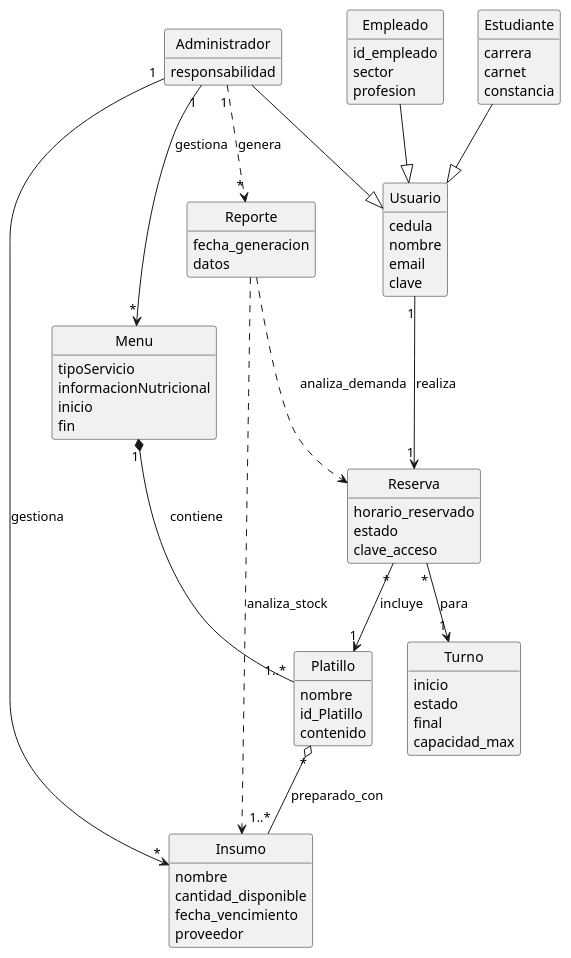
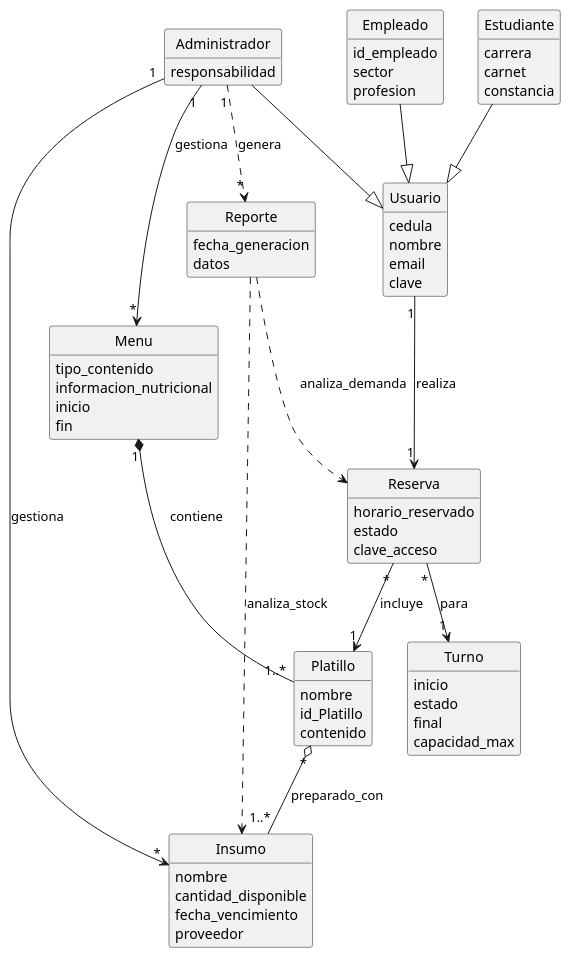
The diagram in docs/modelo_dominio_final.puml (ARUSG178/proyecto-comedor-2-2025-grupo-12), drawn with PlantUML before and after one commit.

```diff
--- a/docs/modelo_dominio_final.puml
+++ b/docs/modelo_dominio_final.puml
@@ -1,116 +1,116 @@
 @startuml Modelo_Dominio_Final
 
     '-- ACOMODAR Y LIMPIAR EL MODELO --
     
     hide circle
     hide methods
 
     '-- CLASES -> PERSONAS --
 
     'Clase Padre Principal
     class Usuario {
         cedula
         nombre
         email
         clave
     }
 
     'Diferentes tipos de Usuarios
     Class Estudiante {
         carrera
         carnet
         constancia
     }
 
     Class Empleado {
         id_empleado
         sector
         profesion
     }
 
     Class Administrador {
         responsabilidad
     }
 
     '-- CLASES -> COMEDOR
 
     ' Menu que rota semanalmente
     class Menu {
-        'Tipo de servicio clasifica: Desayuno, almuerzo, cena
-        tipoServicio
-        informacionNutricional
+        'Tipo de contenido clasifica: Desayuno, almuerzo, cena
+        tipo_contenido
+        informacion_nutricional
         inicio
         fin
     }
 
     ' Insumo que llega para preparar los platillos
     class Insumo {
         nombre
         cantidad_disponible
         fecha_vencimiento
         proveedor
     }
 
     ' Comida hecha de los insumos la cual se mostrará como opción en el menú
     class Platillo {
         nombre
         id_Platillo
         contenido
     }
 
     ' Turno en los cuales las comidas cambian y abren nuevas capacidades para personas
     class Turno {
         inicio
         'Disponibilidad o no
         estado
         final
         capacidad_max
     }
 
     ' Reporte que el Administrador realiza en donde figura consumo diario, reportes de demanda y planificación
     class Reporte {
         fecha_generacion
         datos
     }
 
     ' Reserva que realiza un Usuario durante un Turno
     class Reserva {
         horario_reservado
         'El estado refiere si está vigente, cancelada o ya ha sido canjeada
         estado
         'Código que verifica que el usuario fue quien obtuvo el platillo
         clave_acceso
     }
 
     ' --- RELACIONES ---
 
     ' Herencia
     Estudiante --|> Usuario
     Empleado --|> Usuario
     Administrador --|> Usuario
 
     ' El Administrador gestiona menús semanales, insumos y genera reportes 
     Administrador "1" --> "*" Menu : gestiona
     Administrador "1" --> "*" Insumo : gestiona
     Administrador "1" ..> "*" Reporte : genera
 
     ' Un menú se compone de varios platillos disponibles para esa semana 
     Menu "1" *-- "1..*" Platillo : contiene
     
     ' Un platillo requiere insumos para prepararse
     Platillo "*" o-- "1..*" Insumo : preparado_con
 
     ' El usuario hace la reserva, una por persona
     Usuario "1" --> "1" Reserva : realiza
 
     ' Una reserva corresponde a un Turno específico, controla el acceso 
     Reserva "*" --> "1" Turno : para
 
     ' Una reserva suele ser por un platillo
     Reserva "*" --> "1" Platillo : incluye
 
     ' El reporte se basa en los datos de las reservas/consumos y el inventario 
     Reporte ..> Reserva : analiza_demanda
     Reporte ..> Insumo : analiza_stock
 
 @enduml
```
